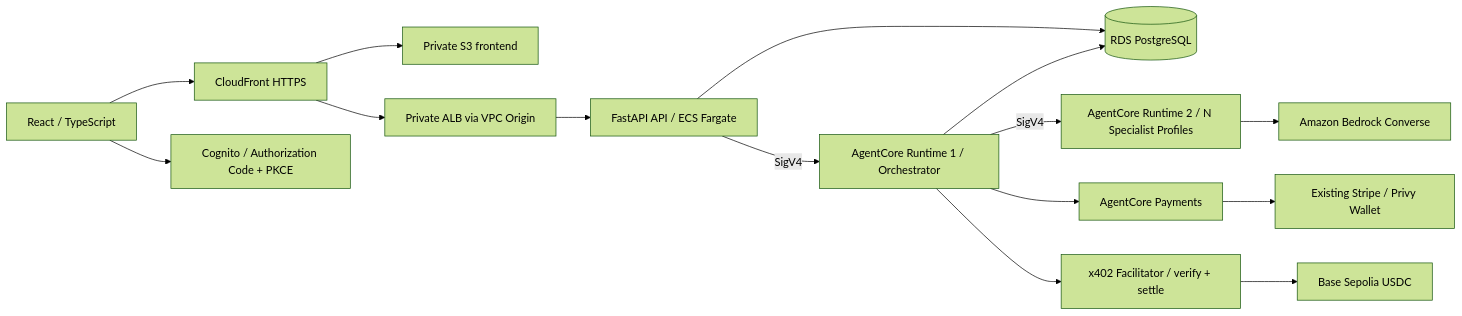
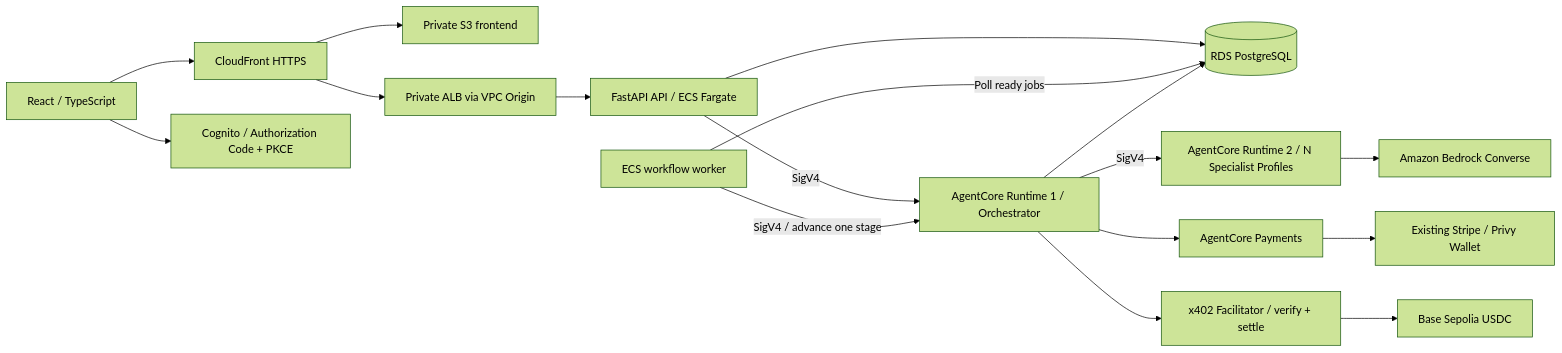
The first of 3 diagrams in docs/architecture.md (milan9527/agent-marketplace), drawn with Mermaid (forest theme) before and after one commit. The commit also changed other lines of this file and 25 other files, not shown here.

````diff
--- a/docs/architecture.md
+++ b/docs/architecture.md
@@ -5,17 +5,19 @@
 ```mermaid
 flowchart LR
   Browser[React / TypeScript] --> CF[CloudFront HTTPS]
   CF --> S3[Private S3 frontend]
   CF --> ALB[Private ALB via VPC Origin]
   ALB --> API[FastAPI API / ECS Fargate]
   Browser --> Cognito[Cognito / Authorization Code + PKCE]
   API -->|SigV4| O[AgentCore Runtime 1 / Orchestrator]
   API --> DB[(RDS PostgreSQL)]
+  W[ECS workflow worker] -->|Poll ready jobs| DB
+  W -->|SigV4 / advance one stage| O
   O --> DB
   O -->|SigV4| B[AgentCore Runtime 2 / N Specialist Profiles]
   B --> Bedrock[Amazon Bedrock Converse]
   O --> Payments[AgentCore Payments]
   Payments --> Wallet[Existing Stripe / Privy Wallet]
   O --> Facilitator[x402 Facilitator / verify + settle]
   Facilitator --> Base[Base Sepolia USDC]
 ```
````
